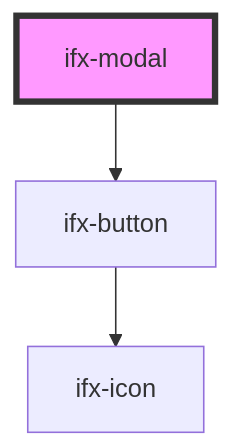
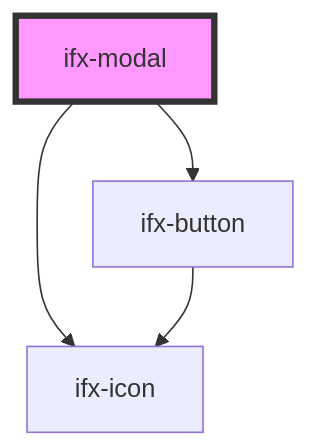
Before and after one commit to Infineon/infineon-design-system-stencil: the diagram in src/components/ifxModal/readme.md, drawn with Mermaid. The commit also changed other lines of this file and 4 other files, not shown here.

````diff
--- a/src/components/ifxModal/readme.md
+++ b/src/components/ifxModal/readme.md
@@ -58,6 +59,7 @@
 ```mermaid
 graph TD;
+  ifx-modal --> ifx-icon
   ifx-modal --> ifx-button
   ifx-button --> ifx-icon
   style ifx-modal fill:#f9f,stroke:#333,stroke-width:4px
 ```
````
